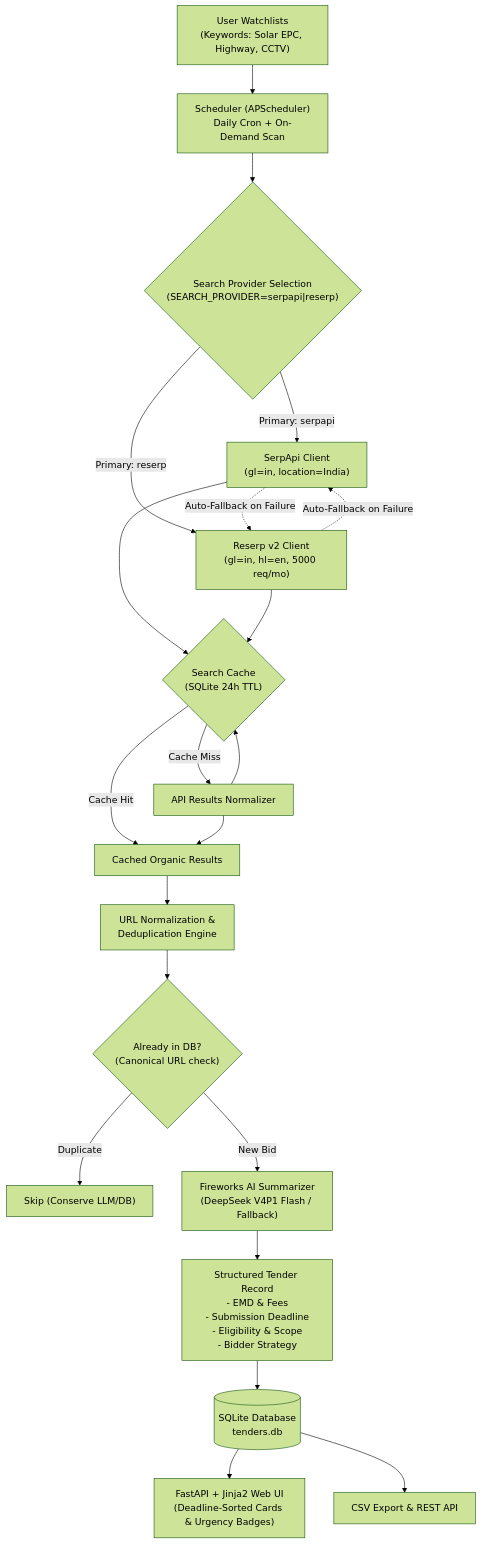
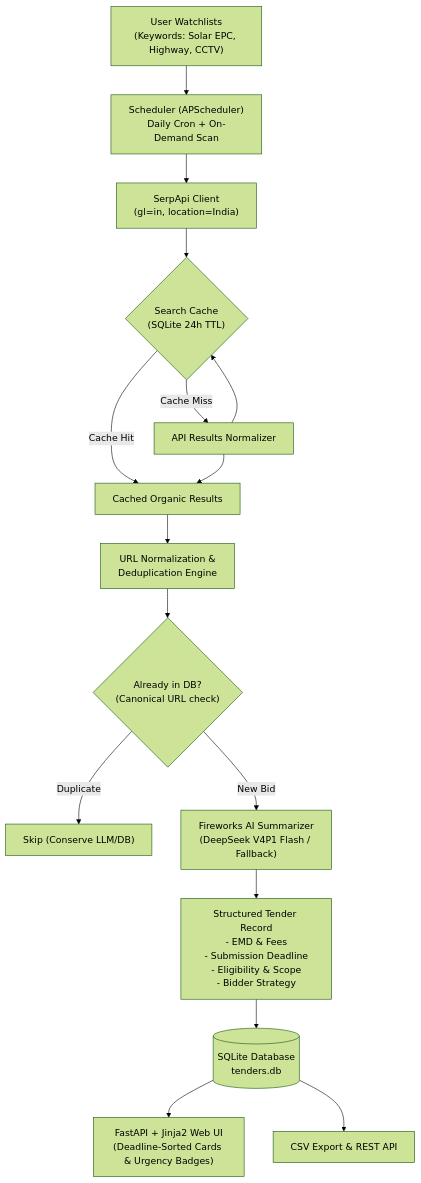
The diagram in README.md (Sourabh-Kumar04/TenderRadar), drawn with Mermaid (forest theme) before and after one commit. The commit also changed other lines of this file and 7 other files, not shown here.

Commit message:
chore: remove Reserp provider (sponsor SerpApi only)

````diff
--- a/README.md
+++ b/README.md
@@ -97,23 +92,18 @@
 ```mermaid
 flowchart TD
     A["User Watchlists\n(Keywords: Solar EPC, Highway, CCTV)"] --> B["Scheduler (APScheduler)\nDaily Cron + On-Demand Scan"]
-    B --> C{"Search Provider Selection\n(SEARCH_PROVIDER=serpapi|reserp)"}
-    C -- "Primary: serpapi" --> D["SerpApi Client\n(gl=in, location=India)"]
-    C -- "Primary: reserp" --> E["Reserp v2 Client\n(gl=in, hl=en, 5000 req/mo)"]
-    D -. "Auto-Fallback on Failure" .-> E
-    E -. "Auto-Fallback on Failure" .-> D
+    B --> D["SerpApi Client\n(gl=in, location=India)"]
     D --> F{"Search Cache\n(SQLite 24h TTL)"}
-    E --> F
     F -- "Cache Hit" --> G["Cached Organic Results"]
     F -- "Cache Miss" --> H["API Results Normalizer"]
     H --> F
     H --> G
     G --> I["URL Normalization &\nDeduplication Engine"]
     I --> J{"Already in DB?\n(Canonical URL check)"}
     J -- "Duplicate" --> K["Skip (Conserve LLM/DB)"]
     J -- "New Bid" --> L["Fireworks AI Summarizer\n(DeepSeek V4P1 Flash / Fallback)"]
     L --> M["Structured Tender Record\n- EMD & Fees\n- Submission Deadline\n- Eligibility & Scope\n- Bidder Strategy"]
     M --> N[("SQLite Database\ntenders.db")]
     N --> O["FastAPI + Jinja2 Web UI\n(Deadline-Sorted Cards & Urgency Badges)"]
     N --> P["CSV Export & REST API"]
 ```
````
